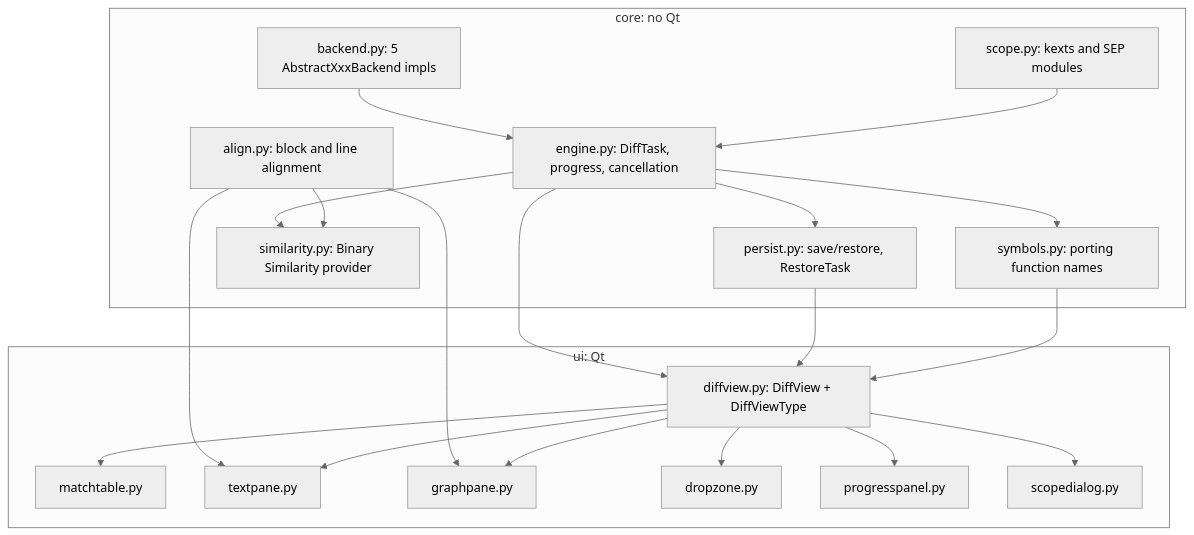
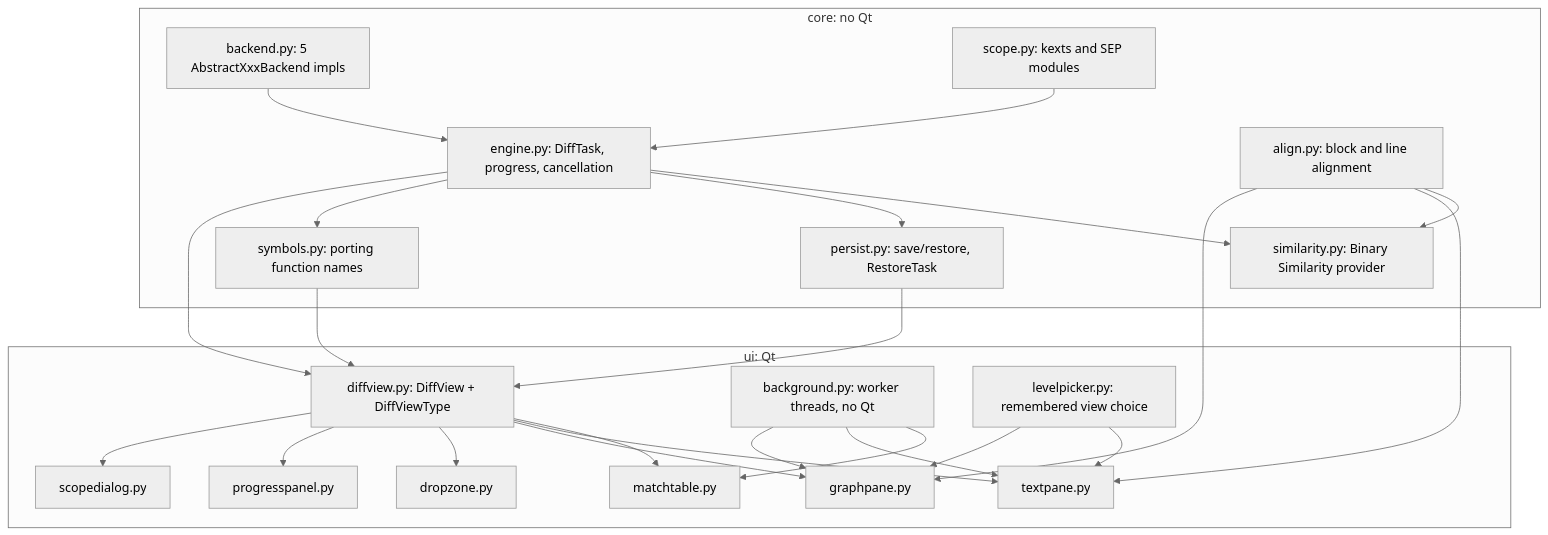
Before and after one commit to matteyeux/binja-diff: the diagram in CLAUDE.md, drawn with Mermaid (neutral theme). The commit also changed other lines of this file and 18 other files, not shown here.

````diff
--- a/CLAUDE.md
+++ b/CLAUDE.md
@@ -273,38 +285,45 @@
 ```mermaid
 flowchart TD
     subgraph coreLayer [core: no Qt]
         backend["backend.py: 5 AbstractXxxBackend impls"]
         engine["engine.py: DiffTask, progress, cancellation"]
         alignMod["align.py: block and line alignment"]
         persistMod["persist.py: save/restore, RestoreTask"]
         scopeMod["scope.py: kexts and SEP modules"]
         similarityMod["similarity.py: Binary Similarity provider"]
         symbolsMod["symbols.py: porting function names"]
     end
     subgraph uiLayer [ui: Qt]
         diffview["diffview.py: DiffView + DiffViewType"]
         matchtable["matchtable.py"]
         textpane["textpane.py"]
         graphpane["graphpane.py"]
         dropzone["dropzone.py"]
         progresspanel["progresspanel.py"]
         scopedialog["scopedialog.py"]
+        backgroundMod["background.py: worker threads, no Qt"]
+        levelpicker["levelpicker.py: remembered view choice"]
     end
     backend --> engine
     scopeMod --> engine
     engine --> similarityMod
     alignMod --> similarityMod
     engine --> persistMod
     engine --> symbolsMod
     engine --> diffview
     persistMod --> diffview
     symbolsMod --> diffview
     alignMod --> textpane
     alignMod --> graphpane
     diffview --> matchtable
     diffview --> textpane
     diffview --> graphpane
     diffview --> dropzone
     diffview --> progresspanel
     diffview --> scopedialog
+    backgroundMod --> matchtable
+    backgroundMod --> textpane
+    backgroundMod --> graphpane
+    levelpicker --> textpane
+    levelpicker --> graphpane
 ```
````
